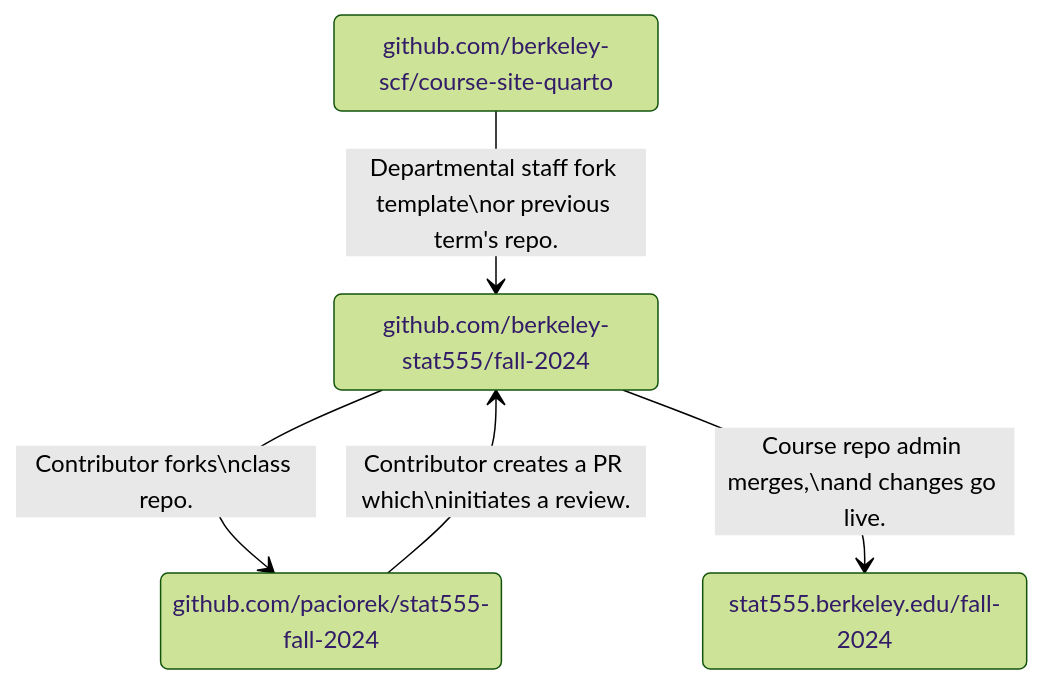
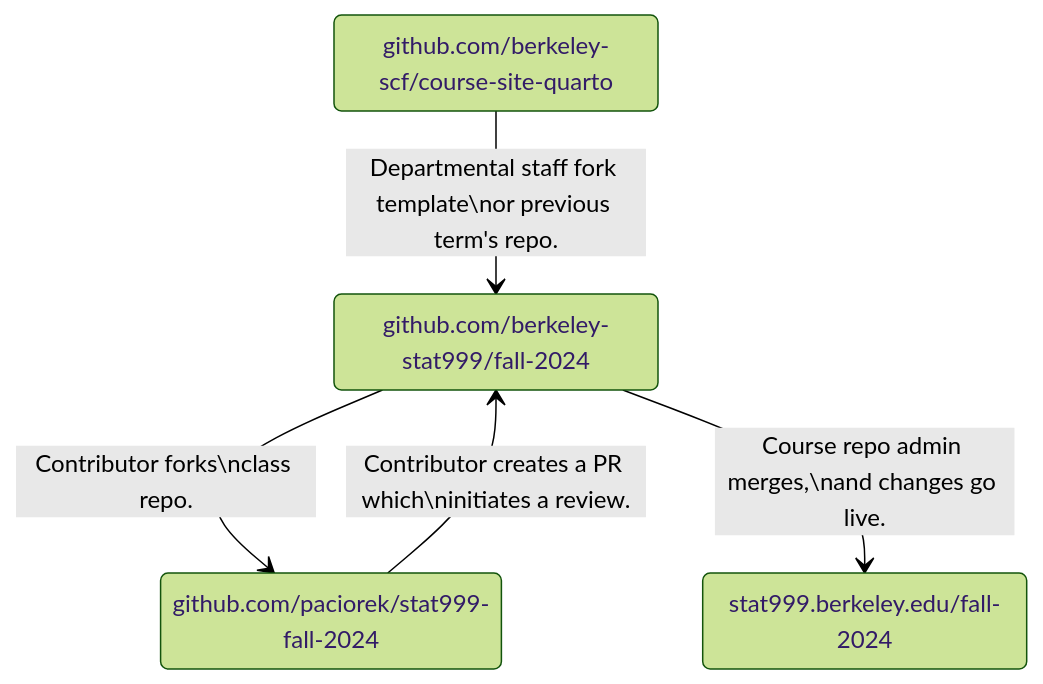
One commit to berkeley-cdss/course-site-quarto changed the second of 2 diagrams in README.md. Above: the diagram before and after it, drawn with Mermaid (forest theme). The commit also changed other lines of this file, not shown here.

````diff
--- a/README.md
+++ b/README.md
@@ -52,15 +55,15 @@
 ```mermaid
 %% State diagram documentation at
 %% https://mermaid.js.org/syntax/stateDiagram.html
 
 stateDiagram-v2
     repo_template: github.com/berkeley-scf/course-site-quarto
-    repo_dept: github.com/berkeley-stat555/fall-2024
-    repo_i: github.com/paciorek/stat555-fall-2024
-    website_dept: stat555.berkeley.edu/fall-2024
+    repo_dept: github.com/berkeley-stat999/fall-2024
+    repo_i: github.com/paciorek/stat999-fall-2024
+    website_dept: stat999.berkeley.edu/fall-2024
 
     repo_template --> repo_dept: Departmental staff fork template\nor previous term's repo.
     repo_dept --> repo_i: Contributor forks\nclass repo.
     repo_i --> repo_dept: Contributor creates a PR which\ninitiates a review.
     repo_dept --> website_dept: Course repo admin merges,\nand changes go live.
 ```
````
